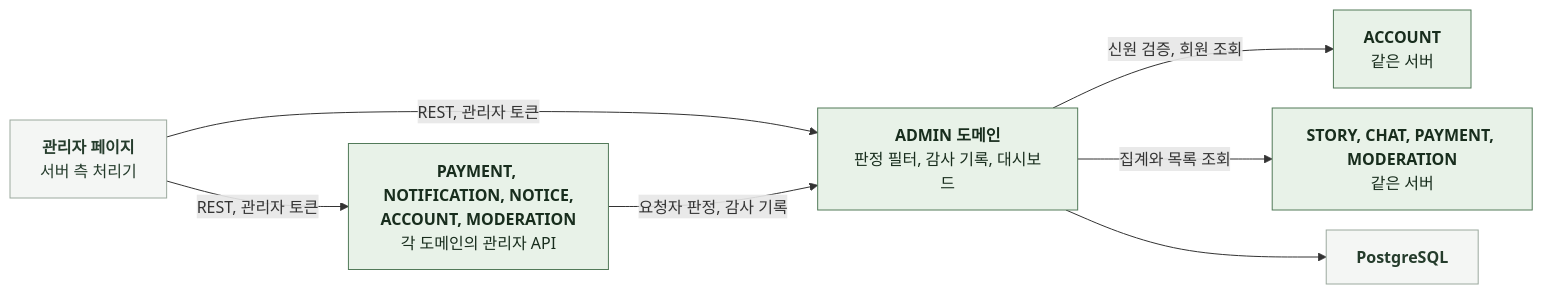
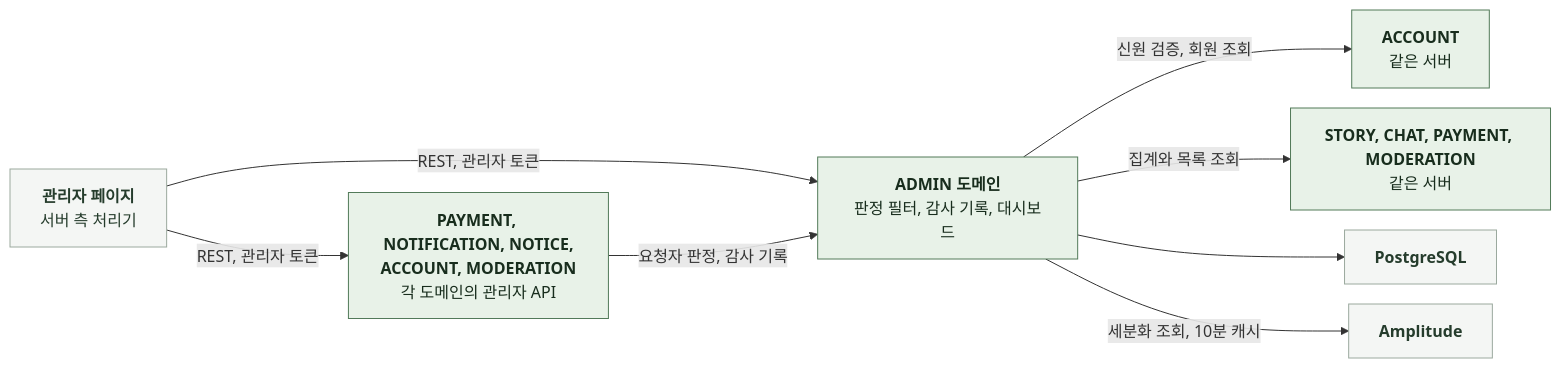
The diagram in docs/domain/ADMIN/BACKEND/3-1-SOFTWARE-ARCHITECTURE.md (KIM-N-KANG/knk-harness), drawn with Mermaid before and after one commit. The commit also changed other lines of this file and 11 other files, not shown here.

````diff
--- a/docs/domain/ADMIN/BACKEND/3-1-SOFTWARE-ARCHITECTURE.md
+++ b/docs/domain/ADMIN/BACKEND/3-1-SOFTWARE-ARCHITECTURE.md
@@ -19,20 +20,21 @@
 ```mermaid
 %%{init: {"flowchart": {"curve": "basis", "nodeSpacing": 20, "rankSpacing": 60}}}%%
 flowchart LR
     A["`**관리자 페이지**
 서버 측 처리기`"] -->|REST, 관리자 토큰| S["`**ADMIN 도메인**
 판정 필터, 감사 기록, 대시보드`"]
     A -->|REST, 관리자 토큰| O["`**PAYMENT, NOTIFICATION, NOTICE,
 ACCOUNT, MODERATION**
 각 도메인의 관리자 API`"]
     O -->|요청자 판정, 감사 기록| S
     S -->|신원 검증, 회원 조회| AC["`**ACCOUNT**
 같은 서버`"]
     S -->|집계와 목록 조회| R["`**STORY, CHAT, PAYMENT, MODERATION**
 같은 서버`"]
     S --> DB["`**PostgreSQL**`"]
+    S -->|세분화 조회, 10분 캐시| AM["`**Amplitude**`"]
     classDef ext fill:#F4F6F4,stroke:#9BA99E,color:#253C2C
     classDef comp fill:#E8F2E8,stroke:#527A59,color:#182D1D
-    class A,DB ext
+    class A,DB,AM ext
     class S,O,AC,R comp
 ```
````
